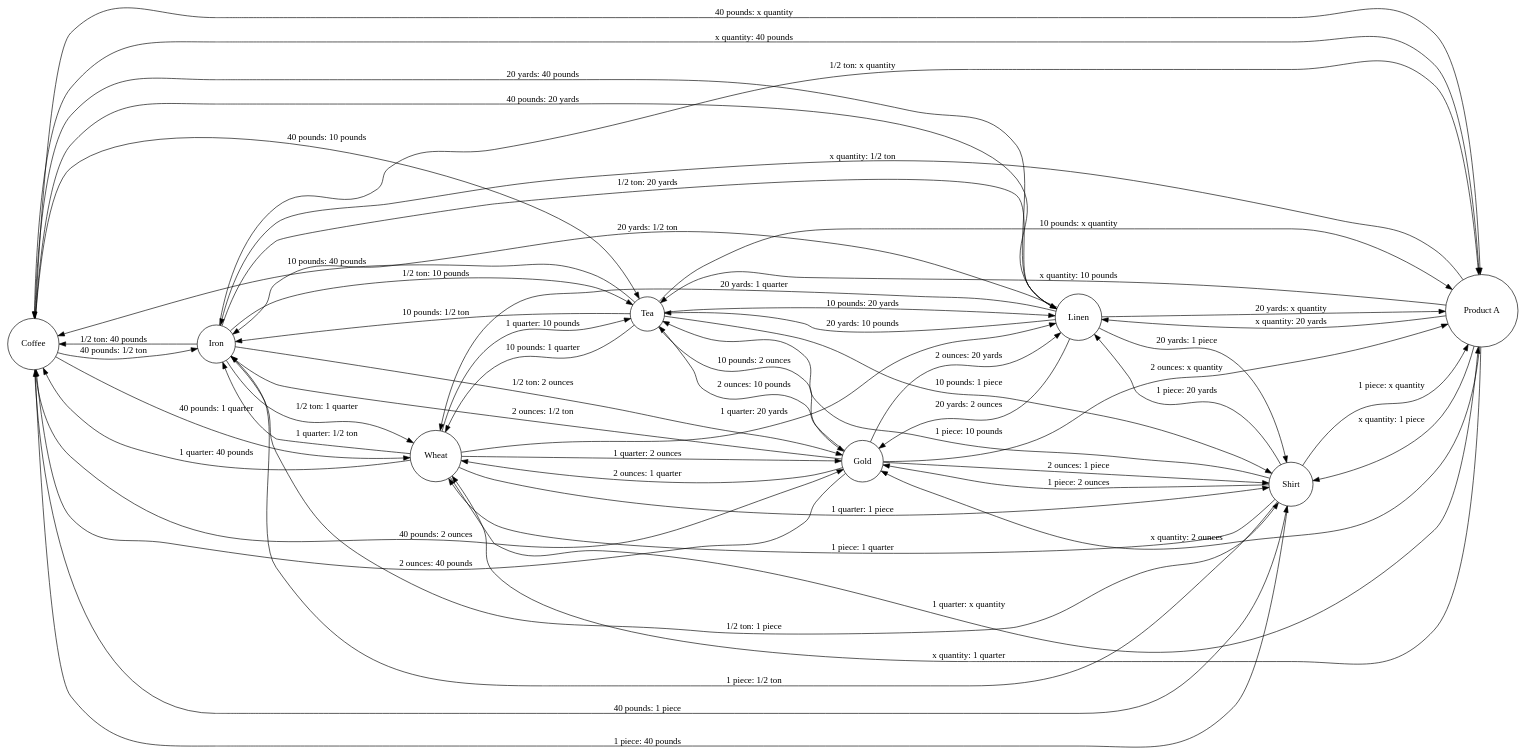
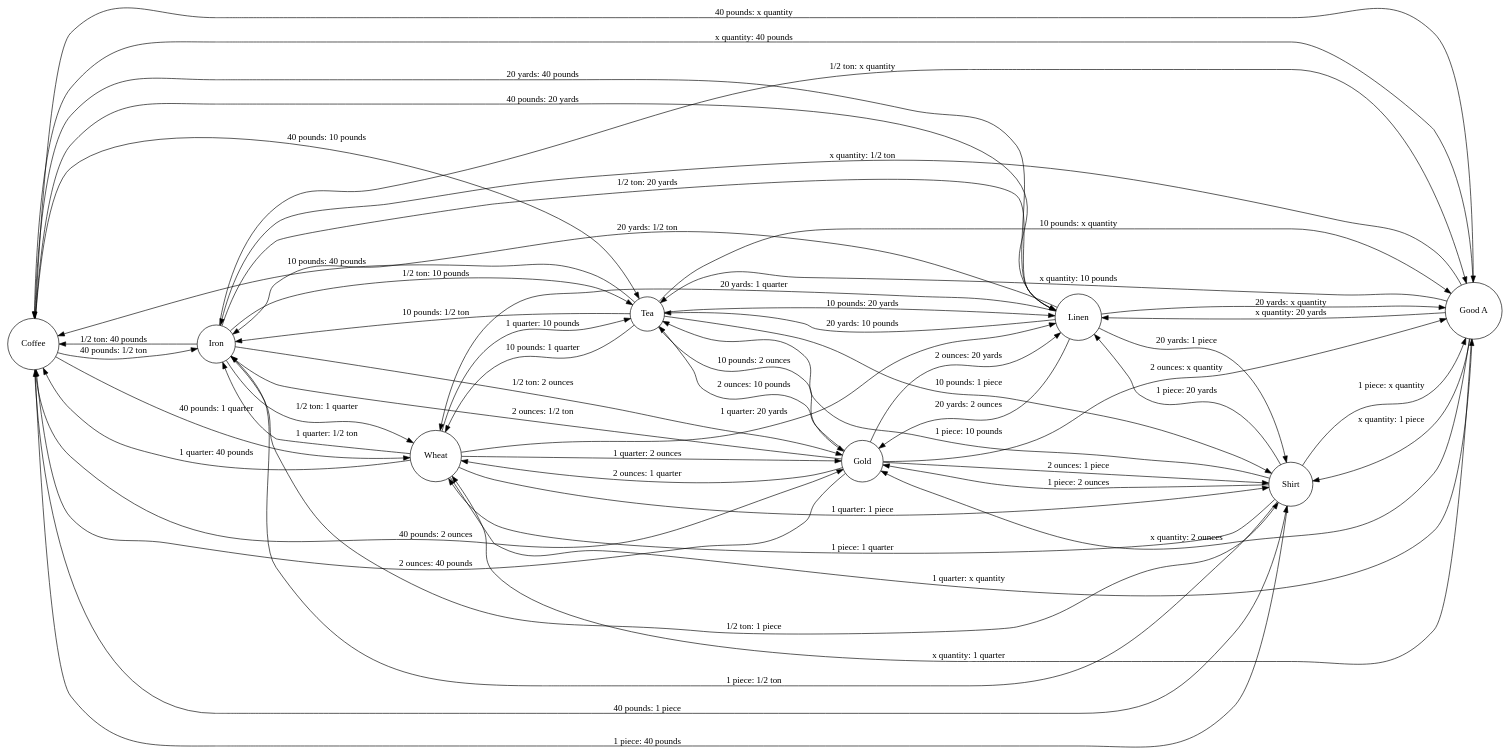
The diagram in 资本的生产过程/价值形式理论/价值形式/datas_graphs_generated/money_complete.dot (Wangsutan/Kapital), drawn with Graphviz before and after one commit. The commit also changed 360 other files, not shown here.

```diff
--- a/资本的生产过程/价值形式理论/价值形式/datas_graphs_generated/money_complete.dot
+++ b/资本的生产过程/价值形式理论/价值形式/datas_graphs_generated/money_complete.dot
@@ -1,60 +1,60 @@
 digraph 价值形式理论 {
     rankdir=LR;
     node [shape=circle];
     "Coffee" -> "Iron" [label="40 pounds: 1/2 ton"];
-    "Coffee" -> "Product A" [label="40 pounds: x quantity"];
+    "Coffee" -> "Good A" [label="40 pounds: x quantity"];
     "Coffee" -> "Shirt" [label="40 pounds: 1 piece"];
     "Coffee" -> "Linen" [label="40 pounds: 20 yards"];
     "Coffee" -> "Gold" [label="40 pounds: 2 ounces"];
     "Coffee" -> "Tea" [label="40 pounds: 10 pounds"];
     "Coffee" -> "Wheat" [label="40 pounds: 1 quarter"];
     "Gold" -> "Iron" [label="2 ounces: 1/2 ton"];
-    "Gold" -> "Product A" [label="2 ounces: x quantity"];
+    "Gold" -> "Good A" [label="2 ounces: x quantity"];
     "Gold" -> "Shirt" [label="2 ounces: 1 piece"];
     "Gold" -> "Linen" [label="2 ounces: 20 yards"];
     "Gold" -> "Coffee" [label="2 ounces: 40 pounds"];
     "Gold" -> "Tea" [label="2 ounces: 10 pounds"];
     "Gold" -> "Wheat" [label="2 ounces: 1 quarter"];
-    "Iron" -> "Product A" [label="1/2 ton: x quantity"];
+    "Good A" -> "Iron" [label="x quantity: 1/2 ton"];
+    "Good A" -> "Shirt" [label="x quantity: 1 piece"];
+    "Good A" -> "Linen" [label="x quantity: 20 yards"];
+    "Good A" -> "Gold" [label="x quantity: 2 ounces"];
+    "Good A" -> "Coffee" [label="x quantity: 40 pounds"];
+    "Good A" -> "Tea" [label="x quantity: 10 pounds"];
+    "Good A" -> "Wheat" [label="x quantity: 1 quarter"];
+    "Iron" -> "Good A" [label="1/2 ton: x quantity"];
     "Iron" -> "Shirt" [label="1/2 ton: 1 piece"];
     "Iron" -> "Linen" [label="1/2 ton: 20 yards"];
     "Iron" -> "Gold" [label="1/2 ton: 2 ounces"];
     "Iron" -> "Coffee" [label="1/2 ton: 40 pounds"];
     "Iron" -> "Tea" [label="1/2 ton: 10 pounds"];
     "Iron" -> "Wheat" [label="1/2 ton: 1 quarter"];
     "Linen" -> "Iron" [label="20 yards: 1/2 ton"];
-    "Linen" -> "Product A" [label="20 yards: x quantity"];
+    "Linen" -> "Good A" [label="20 yards: x quantity"];
     "Linen" -> "Shirt" [label="20 yards: 1 piece"];
     "Linen" -> "Gold" [label="20 yards: 2 ounces"];
     "Linen" -> "Coffee" [label="20 yards: 40 pounds"];
     "Linen" -> "Tea" [label="20 yards: 10 pounds"];
     "Linen" -> "Wheat" [label="20 yards: 1 quarter"];
-    "Product A" -> "Iron" [label="x quantity: 1/2 ton"];
-    "Product A" -> "Shirt" [label="x quantity: 1 piece"];
-    "Product A" -> "Linen" [label="x quantity: 20 yards"];
-    "Product A" -> "Gold" [label="x quantity: 2 ounces"];
-    "Product A" -> "Coffee" [label="x quantity: 40 pounds"];
-    "Product A" -> "Tea" [label="x quantity: 10 pounds"];
-    "Product A" -> "Wheat" [label="x quantity: 1 quarter"];
     "Shirt" -> "Iron" [label="1 piece: 1/2 ton"];
-    "Shirt" -> "Product A" [label="1 piece: x quantity"];
+    "Shirt" -> "Good A" [label="1 piece: x quantity"];
     "Shirt" -> "Linen" [label="1 piece: 20 yards"];
     "Shirt" -> "Gold" [label="1 piece: 2 ounces"];
     "Shirt" -> "Coffee" [label="1 piece: 40 pounds"];
     "Shirt" -> "Tea" [label="1 piece: 10 pounds"];
     "Shirt" -> "Wheat" [label="1 piece: 1 quarter"];
     "Tea" -> "Iron" [label="10 pounds: 1/2 ton"];
-    "Tea" -> "Product A" [label="10 pounds: x quantity"];
+    "Tea" -> "Good A" [label="10 pounds: x quantity"];
     "Tea" -> "Shirt" [label="10 pounds: 1 piece"];
     "Tea" -> "Linen" [label="10 pounds: 20 yards"];
     "Tea" -> "Gold" [label="10 pounds: 2 ounces"];
     "Tea" -> "Coffee" [label="10 pounds: 40 pounds"];
     "Tea" -> "Wheat" [label="10 pounds: 1 quarter"];
     "Wheat" -> "Iron" [label="1 quarter: 1/2 ton"];
-    "Wheat" -> "Product A" [label="1 quarter: x quantity"];
+    "Wheat" -> "Good A" [label="1 quarter: x quantity"];
     "Wheat" -> "Shirt" [label="1 quarter: 1 piece"];
     "Wheat" -> "Linen" [label="1 quarter: 20 yards"];
     "Wheat" -> "Gold" [label="1 quarter: 2 ounces"];
     "Wheat" -> "Coffee" [label="1 quarter: 40 pounds"];
     "Wheat" -> "Tea" [label="1 quarter: 10 pounds"];
 }
```
